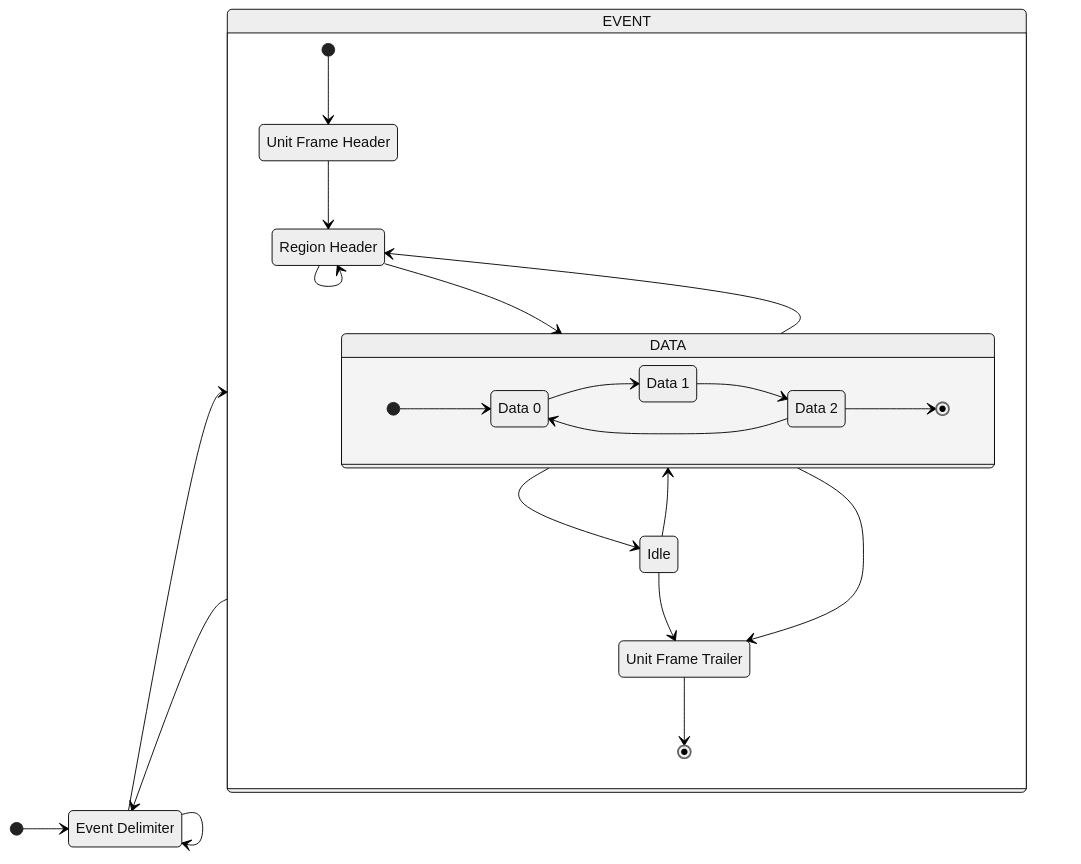
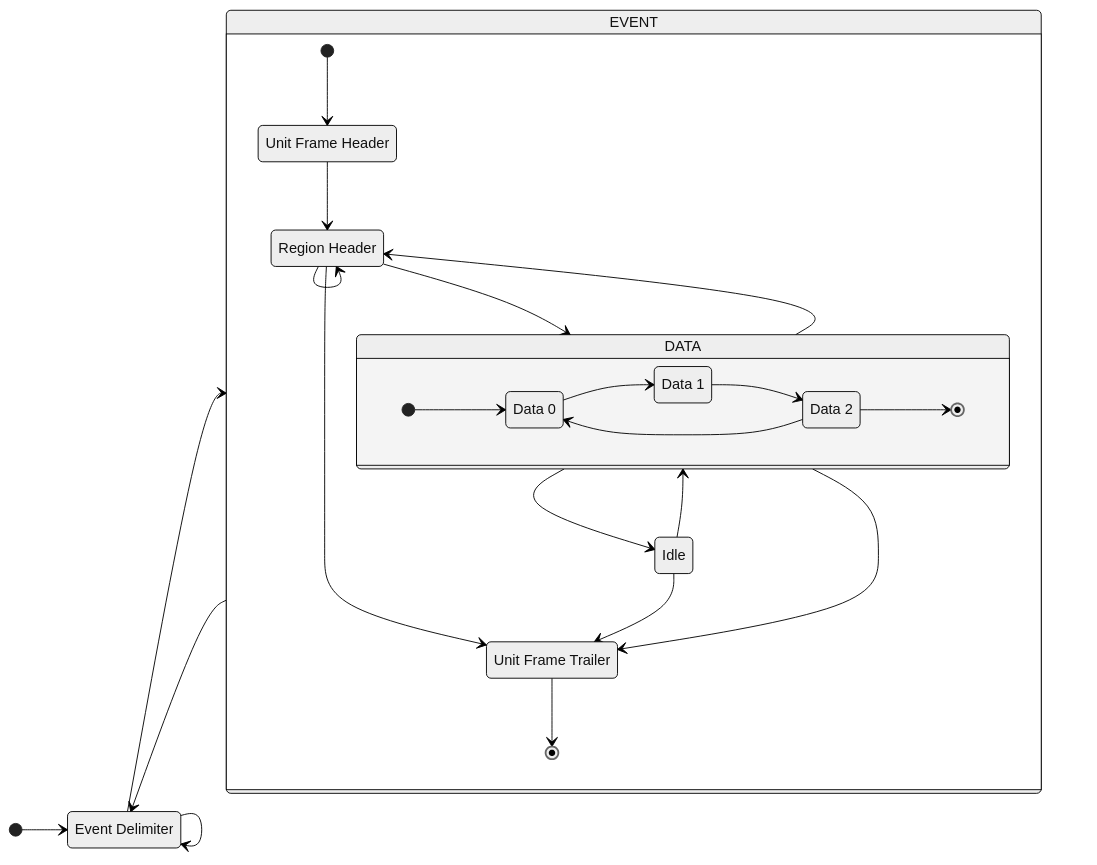
One commit to CramBL/moss_decoder changed the second of 2 diagrams in README.md. Above: the diagram before and after it, drawn with Mermaid (neutral theme). The commit also changed other lines of this file, not shown here.

Commit message:
add region header to trailer transition

````diff
--- a/README.md
+++ b/README.md
@@ -89,48 +90,49 @@
 ```mermaid
 stateDiagram-v2
 direction LR
   delimiter : Event Delimiter
   frame_header : Unit Frame Header
   frame_trailer : Unit Frame Trailer
   region_header : Region Header
   data_0 : Data 0
   data_1 : Data 1
   data_2 : Data 2
   idle : Idle
 
   [*] --> delimiter
   delimiter --> EVENT
   delimiter --> delimiter
 
   state EVENT {
 
     [*] --> frame_header
     
     frame_header --> region_header
 
     region_header --> region_header
     region_header --> DATA
+    region_header --> frame_trailer
 
     state DATA {
       direction LR
       [*] --> data_0
       data_0 --> data_1
       data_1 --> data_2
       data_2 --> data_0
       data_2 --> [*]
 
     }
     
     DATA --> region_header
     DATA --> frame_trailer
     DATA --> idle
 
 
     idle --> DATA
     idle --> frame_trailer
 
     frame_trailer --> [*]
   }
   EVENT --> delimiter
 
 ```
````
